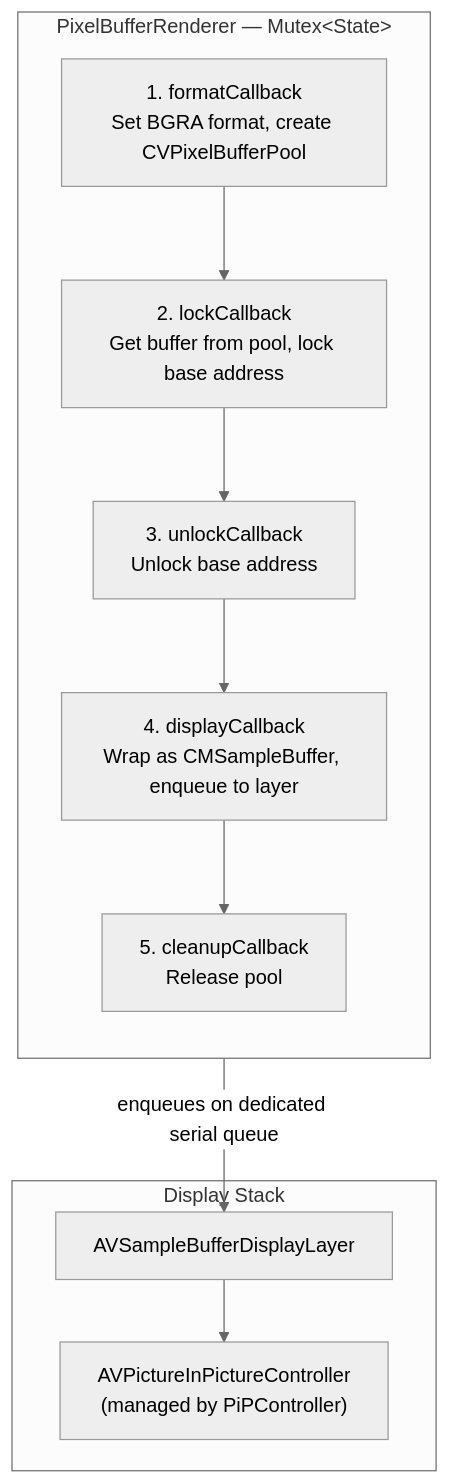
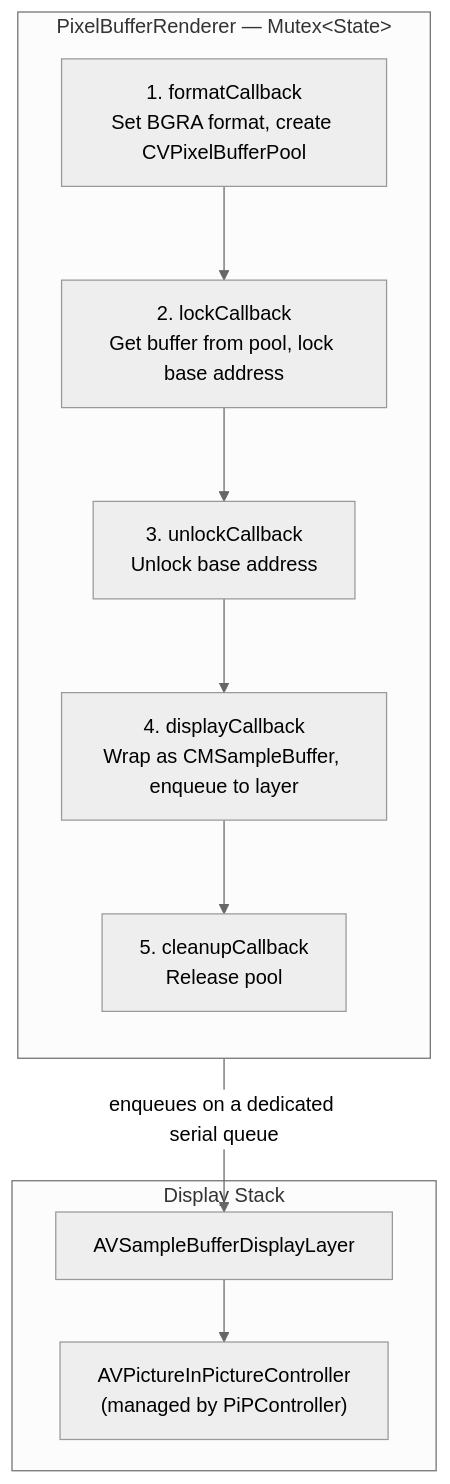
One commit to harflabs/SwiftVLC changed the sixth of 7 diagrams in ARCHITECTURE.md. Above: the diagram before and after it, drawn with Mermaid (neutral theme). The commit also changed other lines of this file and 1 other file, not shown here.

First line of the commit message:
Rewrite the README and the architecture document

````diff
--- a/ARCHITECTURE.md
+++ b/ARCHITECTURE.md
@@ -556,20 +687,20 @@
 ```mermaid
 flowchart TB
     subgraph PBR["PixelBufferRenderer — Mutex&lt;State&gt;"]
         direction TB
         F["1. formatCallback<br/>Set BGRA format, create CVPixelBufferPool"]
         L["2. lockCallback<br/>Get buffer from pool, lock base address"]
         U["3. unlockCallback<br/>Unlock base address"]
         D["4. displayCallback<br/>Wrap as CMSampleBuffer, enqueue to layer"]
         C["5. cleanupCallback<br/>Release pool"]
         F --> L --> U --> D --> C
     end
 
     subgraph PiPStack["Display Stack"]
         Layer["AVSampleBufferDisplayLayer"]
         Controller["AVPictureInPictureController<br/>(managed by PiPController)"]
         Layer --> Controller
     end
 
-    D -->|"enqueues on dedicated serial queue"| Layer
+    D -->|"enqueues on a dedicated serial queue"| Layer
 ```
````
